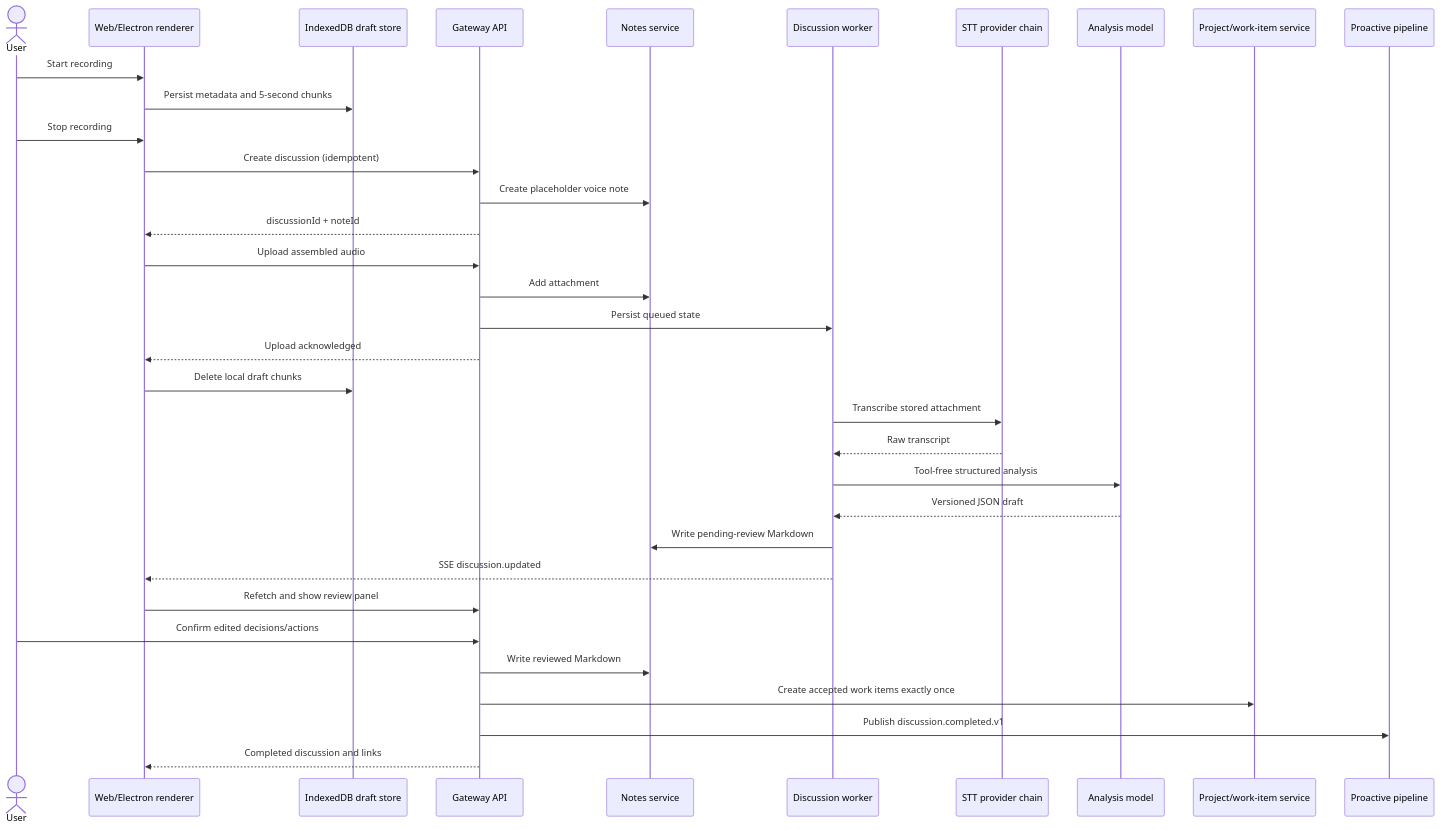
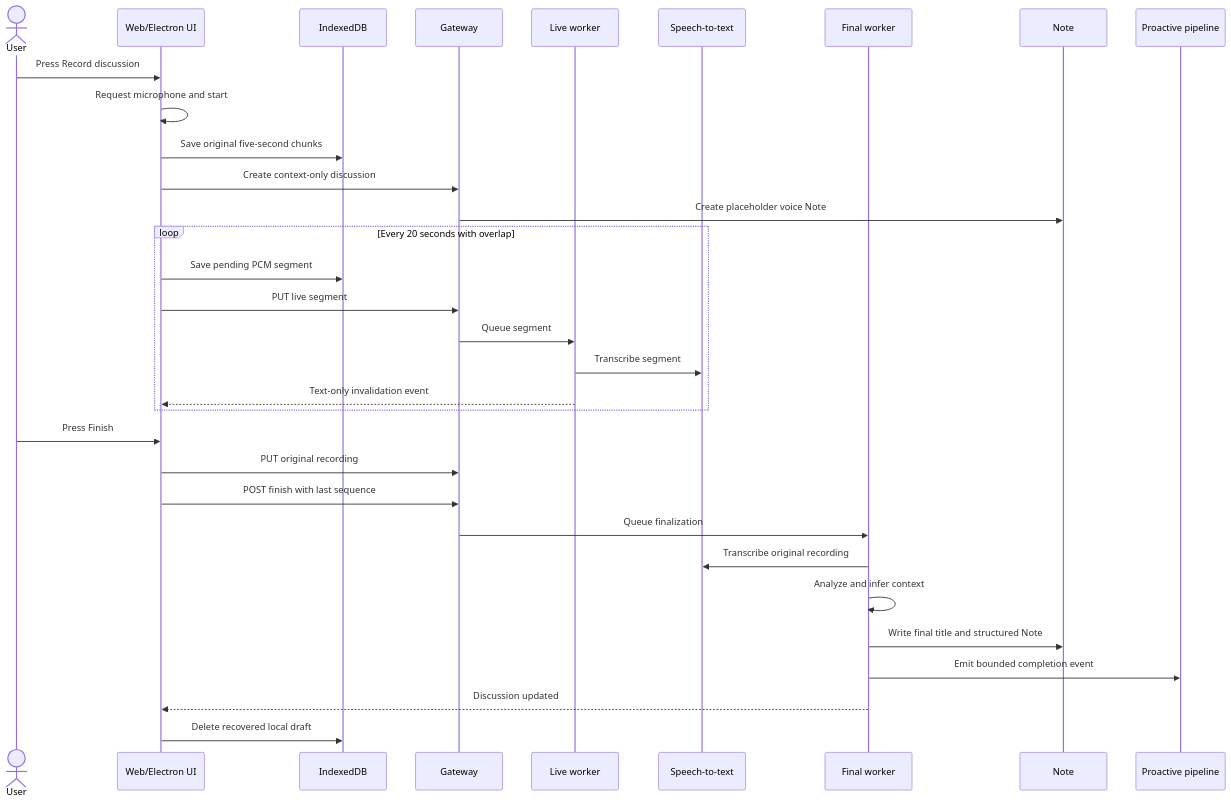
One commit to xopcai/xopc changed the first of 2 diagrams in docs/design/discussion-capture-mvp.md. Above: the diagram before and after it, drawn with Mermaid. The commit also changed other lines of this file and 35 other files, not shown here.

First line of the commit message:
feat: add live discussion transcription feature

````diff
--- a/docs/design/discussion-capture-mvp.md
+++ b/docs/design/discussion-capture-mvp.md
@@ -65,37 +52,35 @@
 ```mermaid
 sequenceDiagram
     actor U as User
-    participant UI as Web/Electron renderer
-    participant IDB as IndexedDB draft store
-    participant API as Gateway API
-    participant N as Notes service
-    participant W as Discussion worker
-    participant STT as STT provider chain
-    participant LLM as Analysis model
-    participant P as Project/work-item service
+    participant UI as Web/Electron UI
+    participant IDB as IndexedDB
+    participant API as Gateway
+    participant LW as Live worker
+    participant STT as Speech-to-text
+    participant FW as Final worker
+    participant N as Note
     participant PA as Proactive pipeline
 
-    U->>UI: Start recording
-    UI->>IDB: Persist metadata and 5-second chunks
-    U->>UI: Stop recording
-    UI->>API: Create discussion (idempotent)
-    API->>N: Create placeholder voice note
-    API-->>UI: discussionId + noteId
-    UI->>API: Upload assembled audio
-    API->>N: Add attachment
-    API->>W: Persist queued state
-    API-->>UI: Upload acknowledged
-    UI->>IDB: Delete local draft chunks
-    W->>STT: Transcribe stored attachment
-    STT-->>W: Raw transcript
-    W->>LLM: Tool-free structured analysis
-    LLM-->>W: Versioned JSON draft
-    W->>N: Write pending-review Markdown
-    W-->>UI: SSE discussion.updated
-    UI->>API: Refetch and show review panel
-    U->>API: Confirm edited decisions/actions
-    API->>N: Write reviewed Markdown
-    API->>P: Create accepted work items exactly once
-    API->>PA: Publish discussion.completed.v1
-    API-->>UI: Completed discussion and links
+    U->>UI: Press Record discussion
+    UI->>UI: Request microphone and start
+    UI->>IDB: Save original five-second chunks
+    UI->>API: Create context-only discussion
+    API->>N: Create placeholder voice Note
+    loop Every 20 seconds with overlap
+        UI->>IDB: Save pending PCM segment
+        UI->>API: PUT live segment
+        API->>LW: Queue segment
+        LW->>STT: Transcribe segment
+        LW-->>UI: Text-only invalidation event
+    end
+    U->>UI: Press Finish
+    UI->>API: PUT original recording
+    UI->>API: POST finish with last sequence
+    API->>FW: Queue finalization
+    FW->>STT: Transcribe original recording
+    FW->>FW: Analyze and infer context
+    FW->>N: Write final title and structured Note
+    FW->>PA: Emit bounded completion event
+    FW-->>UI: Discussion updated
+    UI->>IDB: Delete recovered local draft
 ```
````
